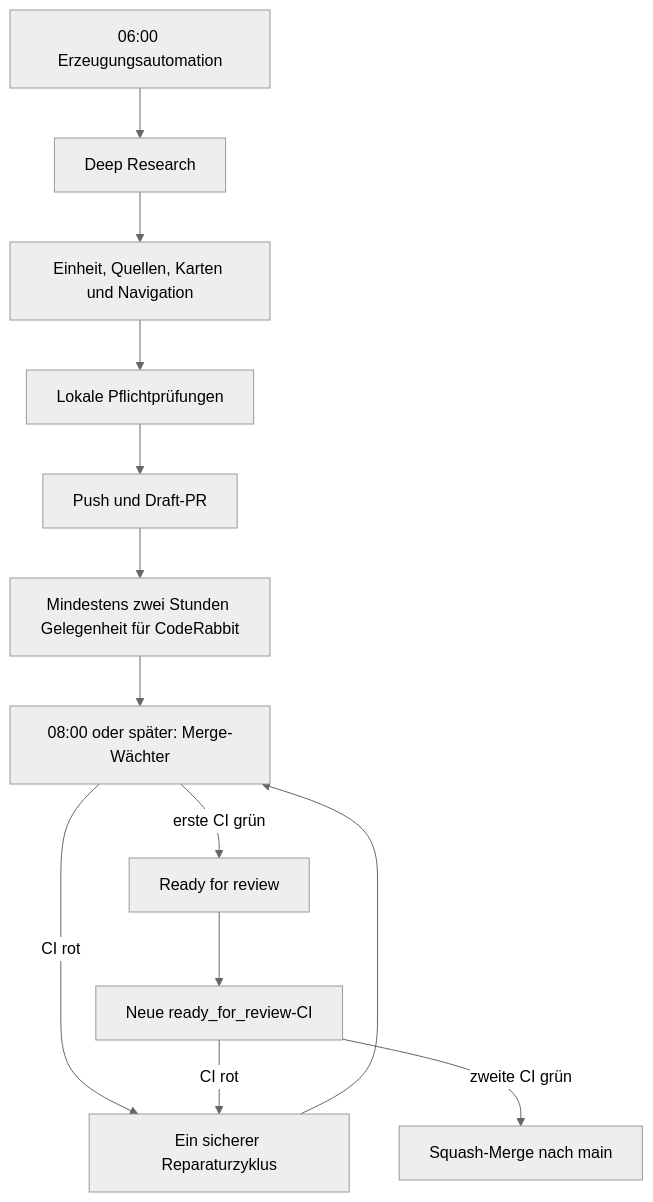
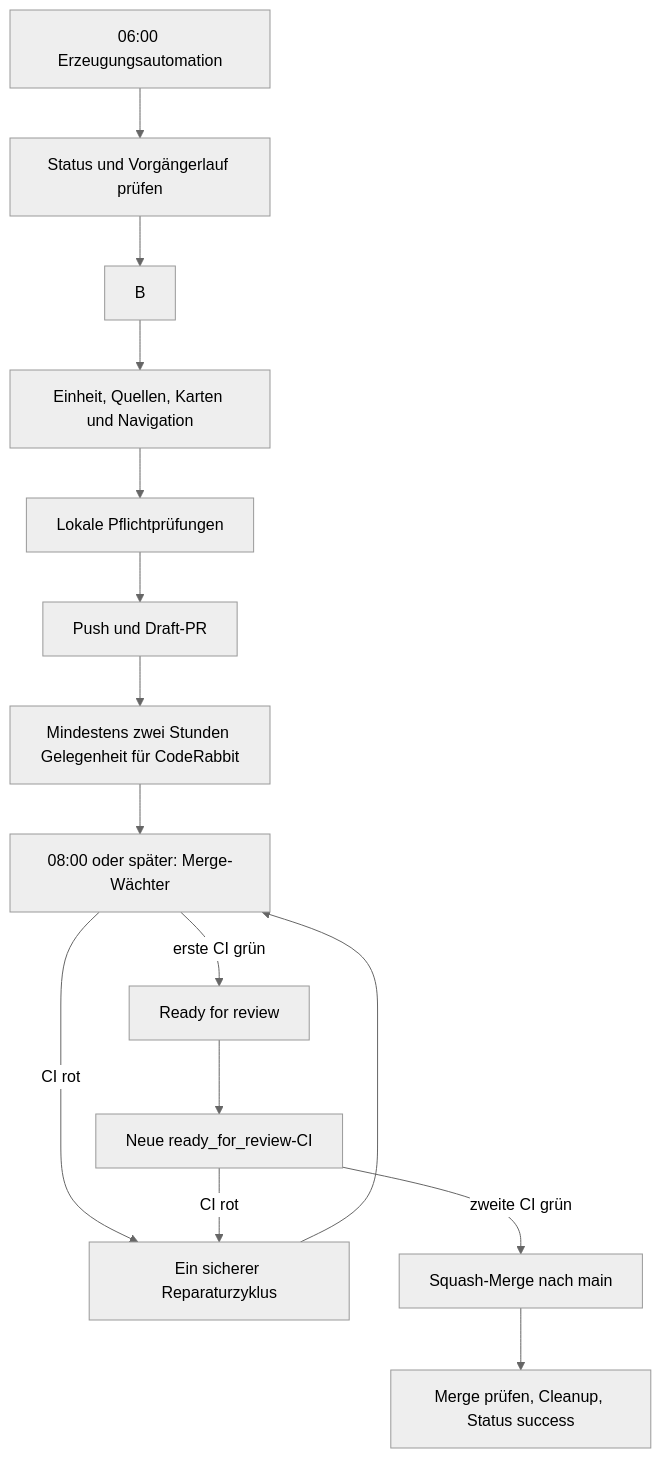
The diagram in prompts/README.md (H234598/ADHS-Lernpfad), drawn with Mermaid (neutral theme) before and after one commit. The commit also changed other lines of this file and 42 other files, not shown here.

````diff
--- a/prompts/README.md
+++ b/prompts/README.md
@@ -14,15 +14,17 @@
 ```mermaid
 flowchart TD
-  A[06:00 Erzeugungsautomation] --> B[Deep Research]
+  A[06:00 Erzeugungsautomation] --> S[Status und Vorgängerlauf prüfen]
+  S --> B
   B --> C[Einheit, Quellen, Karten und Navigation]
   C --> D[Lokale Pflichtprüfungen]
   D --> E[Push und Draft-PR]
   E --> F[Mindestens zwei Stunden Gelegenheit für CodeRabbit]
   F --> G[08:00 oder später: Merge-Wächter]
   G -->|CI rot| R[Ein sicherer Reparaturzyklus]
   R --> G
   G -->|erste CI grün| H[Ready for review]
   H --> I[Neue ready_for_review-CI]
   I -->|CI rot| R
   I -->|zweite CI grün| J[Squash-Merge nach main]
+  J --> K[Merge prüfen, Cleanup, Status success]
 ```
````
